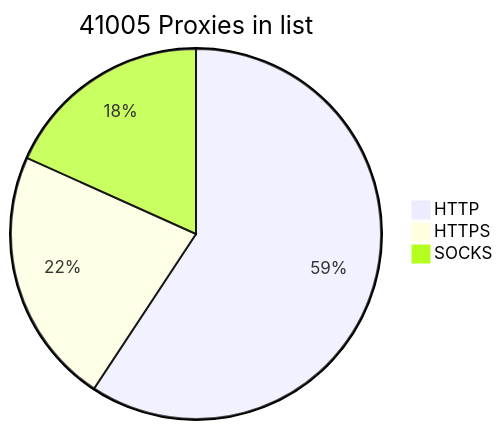
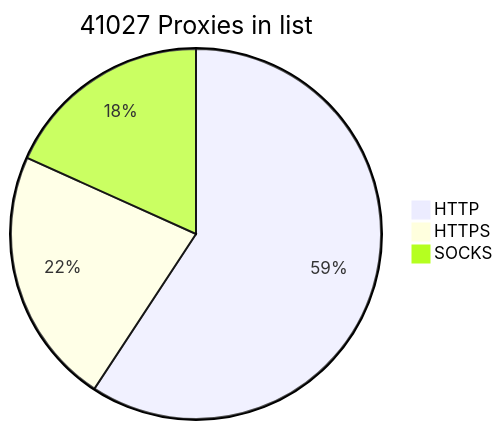
One commit to BlackSnowDot/proxylist-update-every-minute changed the diagram in README.md. Above: the diagram before and after it, drawn with Mermaid.

````diff
--- a/README.md
+++ b/README.md
@@ -2,6 +2,6 @@
 ```mermaid
-pie title 41005 Proxies in list
-    "HTTP" : 28491
-    "HTTPS": 10792
+pie title 41027 Proxies in list
+    "HTTP" : 28497
+    "HTTPS": 10821
     "SOCKS" : 8782
 ```
````
